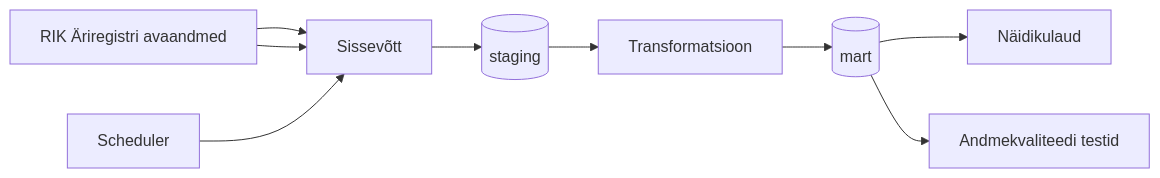
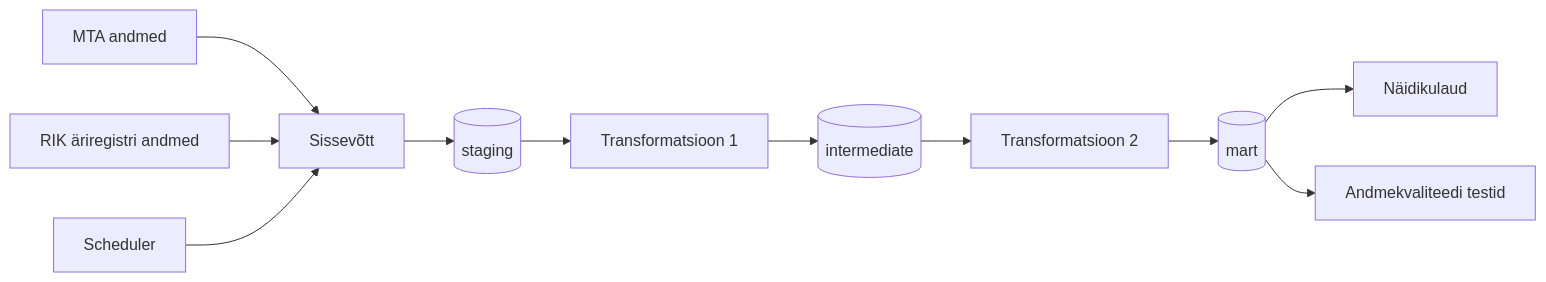
One commit to KulliPeed/Projektitoo_MREV changed the diagram in docs/arhitektuur.md. Above: the diagram before and after it, drawn with Mermaid. The commit also changed other lines of this file, not shown here.

First line of the commit message:
Improve visual layout and data flow schema

````diff
--- a/docs/arhitektuur.md
+++ b/docs/arhitektuur.md
@@ -29,11 +29,18 @@
 ```mermaid
 flowchart LR
-    source[EMTA maksuvõla avaandmed] --> ingest[Sissevõtt]
+    source1[MTA andmed] --> ingest[Sissevõtt]
+    source2[RIK äriregistri andmed] --> ingest
+
     ingest --> staging[(staging)]
-    staging --> transform[Transformatsioon]
-    transform --> mart[(mart)]
+    staging --> transform1[Transformatsioon 1]
+
+    transform1 --> intermediate[(intermediate)]
+    intermediate --> transform2[Transformatsioon 2]
+
+    transform2 --> mart[(mart)]
+
     mart --> dashboard[Näidikulaud]
     mart --> quality[Andmekvaliteedi testid]
-    source[RIK Äriregistri avaandmed] --> ingest
+
     scheduler[Scheduler] --> ingest
 ```
````
